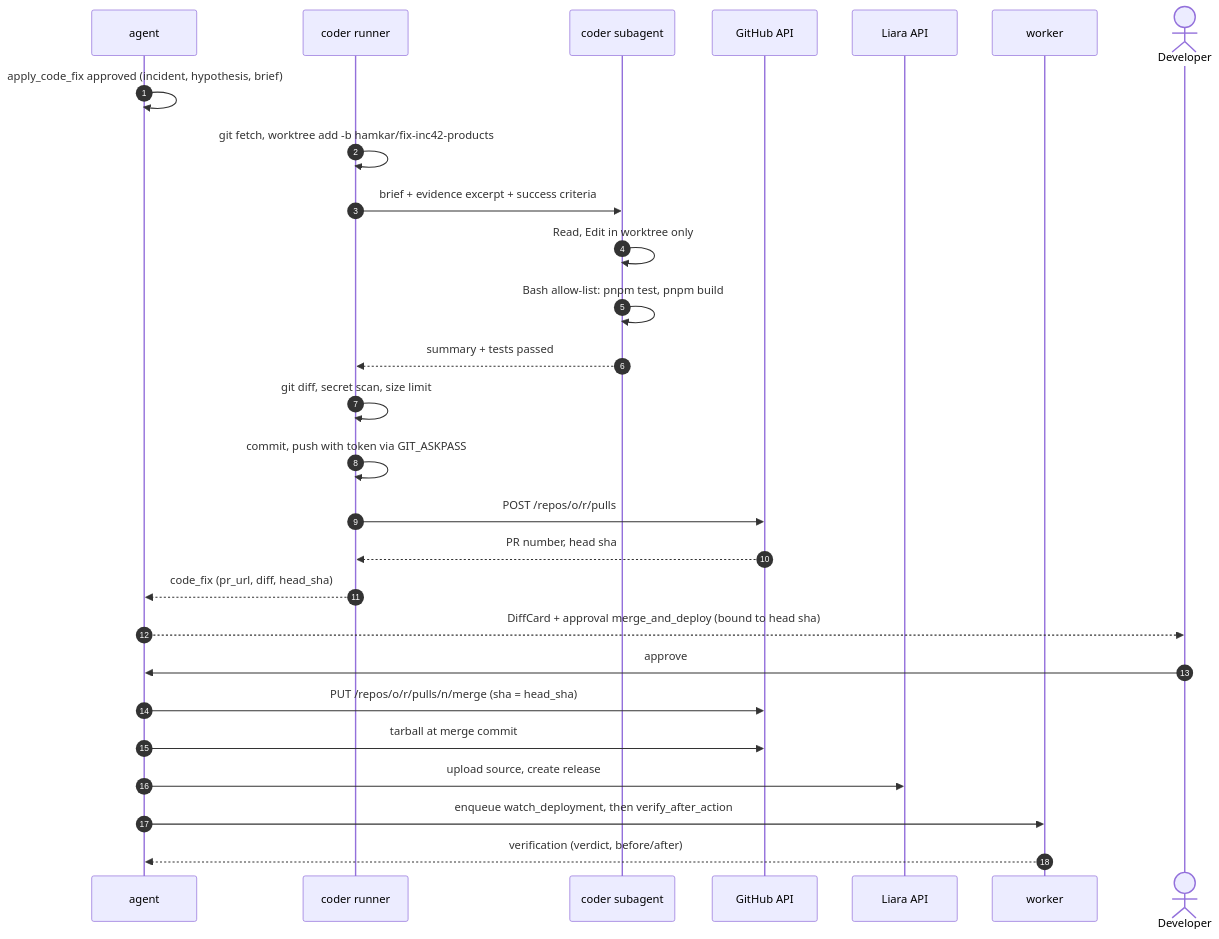
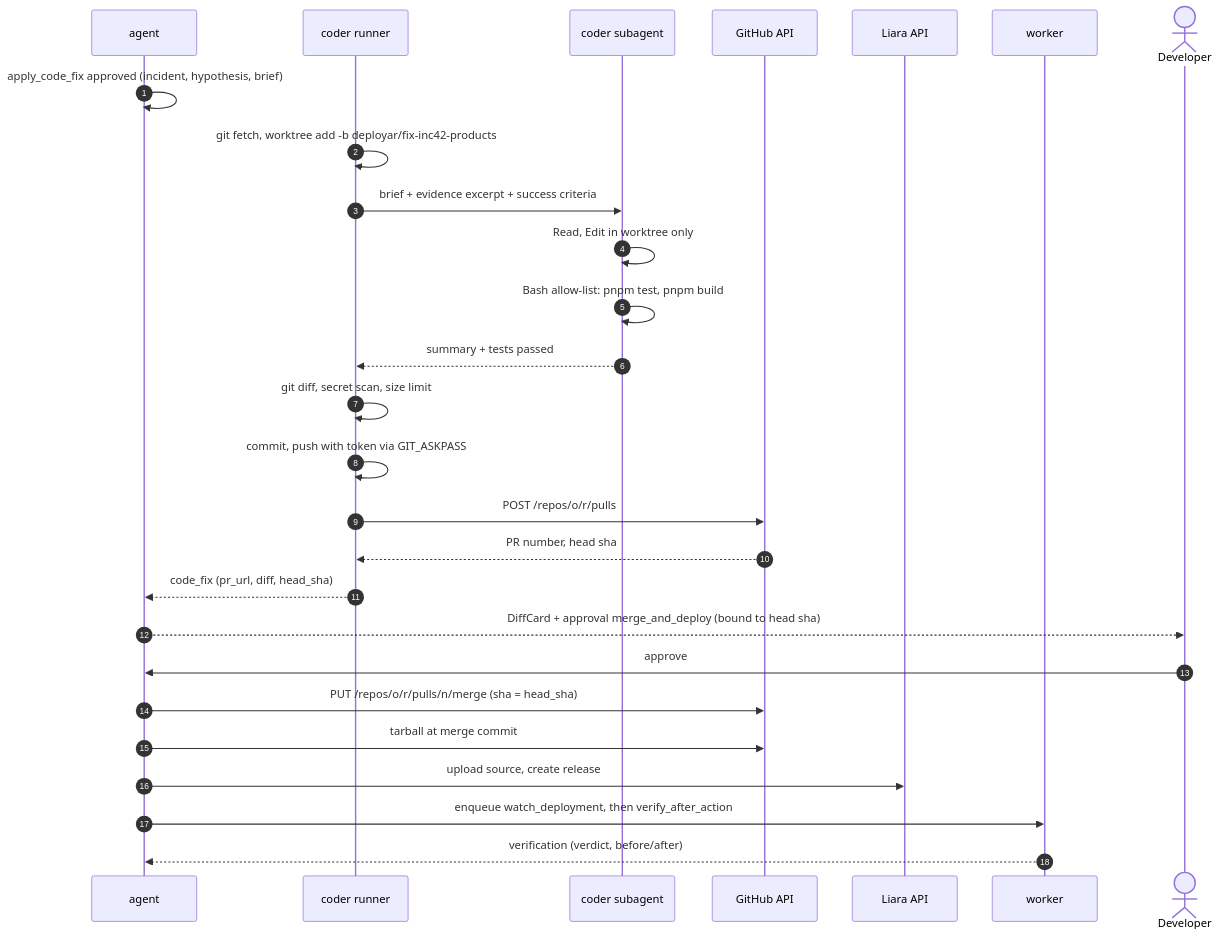
Before and after one commit to amircodington/deployar: the sixth of 10 diagrams in docs/ARCHITECTURE.md, drawn with Mermaid. The commit also changed other lines of this file and 33 other files, not shown here.

````diff
--- a/docs/ARCHITECTURE.md
+++ b/docs/ARCHITECTURE.md
@@ -206,29 +206,29 @@
 ```mermaid
 sequenceDiagram
   autonumber
   participant A as agent
   participant X as coder runner
   participant C as coder subagent
   participant GH as GitHub API
   participant L as Liara API
   participant K as worker
   actor U as Developer
   A->>A: apply_code_fix approved (incident, hypothesis, brief)
-  X->>X: git fetch, worktree add -b hamkar/fix-inc42-products
+  X->>X: git fetch, worktree add -b deployar/fix-inc42-products
   X->>C: brief + evidence excerpt + success criteria
   C->>C: Read, Edit in worktree only
   C->>C: Bash allow-list: pnpm test, pnpm build
   C-->>X: summary + tests passed
   X->>X: git diff, secret scan, size limit
   X->>X: commit, push with token via GIT_ASKPASS
   X->>GH: POST /repos/o/r/pulls
   GH-->>X: PR number, head sha
   X-->>A: code_fix (pr_url, diff, head_sha)
   A-->>U: DiffCard + approval merge_and_deploy (bound to head sha)
   U->>A: approve
   A->>GH: PUT /repos/o/r/pulls/n/merge (sha = head_sha)
   A->>GH: tarball at merge commit
   A->>L: upload source, create release
   A->>K: enqueue watch_deployment, then verify_after_action
   K-->>A: verification (verdict, before/after)
 ```
````
